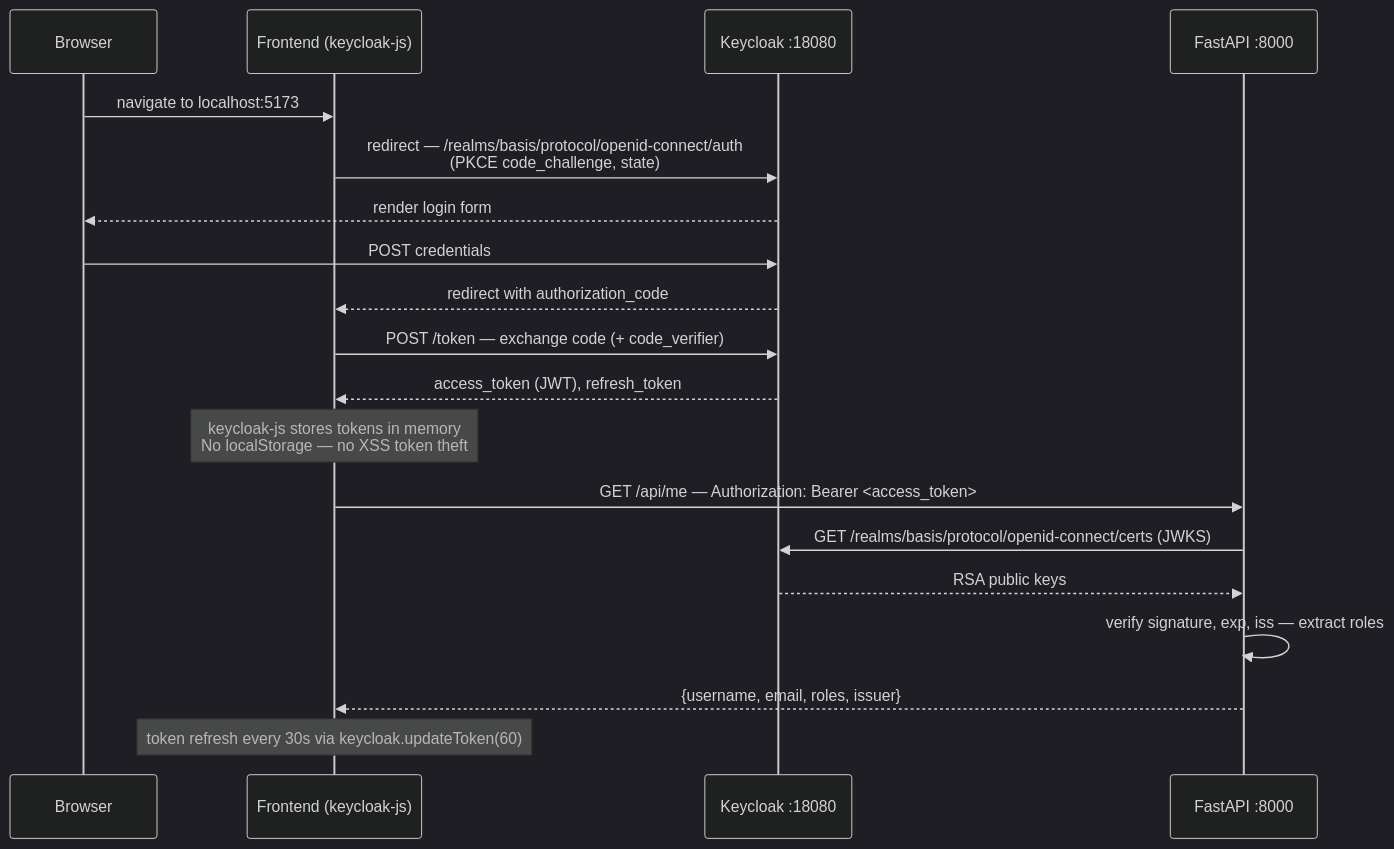
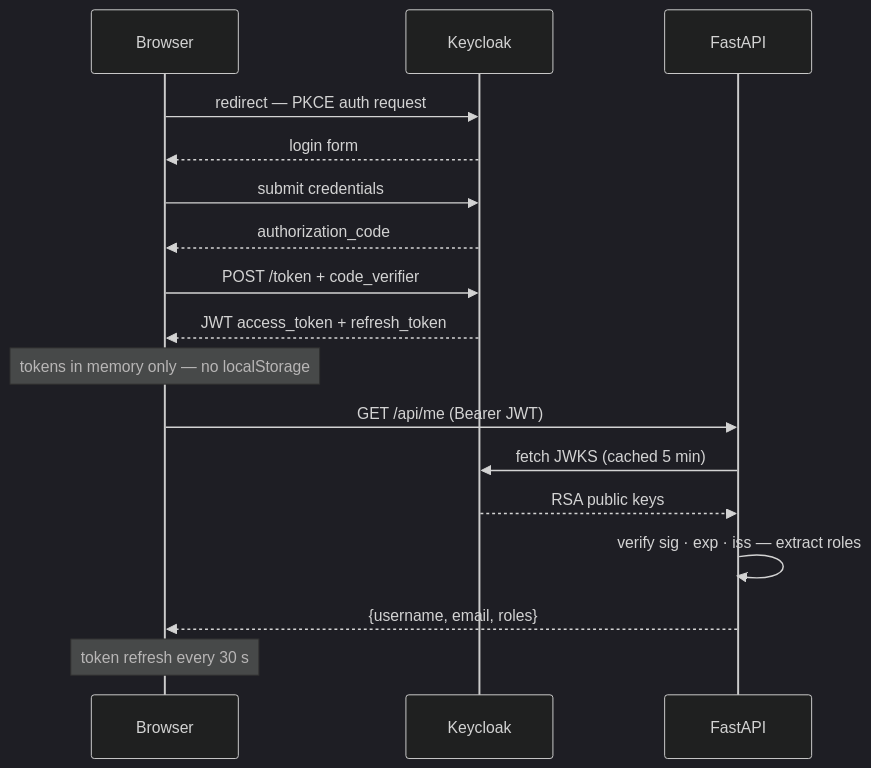
One commit to basis-foundation/basis-poc changed the third of 5 diagrams in README.md. Above: the diagram before and after it, drawn with Mermaid (dark theme). The commit also changed other lines of this file and 11 other files, not shown here.

````diff
--- a/README.md
+++ b/README.md
@@ -261,22 +316,20 @@
 ```mermaid
 sequenceDiagram
     participant B as Browser
-    participant F as Frontend (keycloak-js)
-    participant KC as Keycloak :18080
-    participant API as FastAPI :8000
+    participant KC as Keycloak
+    participant API as FastAPI
 
-    B->>F: navigate to localhost:5173
-    F->>KC: redirect — /realms/basis/protocol/openid-connect/auth<br/>(PKCE code_challenge, state)
-    KC-->>B: render login form
-    B->>KC: POST credentials
-    KC-->>F: redirect with authorization_code
-    F->>KC: POST /token — exchange code (+ code_verifier)
-    KC-->>F: access_token (JWT), refresh_token
-    Note over F: keycloak-js stores tokens in memory<br/>No localStorage — no XSS token theft
-    F->>API: GET /api/me — Authorization: Bearer <access_token>
-    API->>KC: GET /realms/basis/protocol/openid-connect/certs (JWKS)
+    B->>KC: redirect — PKCE auth request
+    KC-->>B: login form
+    B->>KC: submit credentials
+    KC-->>B: authorization_code
+    B->>KC: POST /token + code_verifier
+    KC-->>B: JWT access_token + refresh_token
+    Note over B: tokens in memory only — no localStorage
+    B->>API: GET /api/me (Bearer JWT)
+    API->>KC: fetch JWKS (cached 5 min)
     KC-->>API: RSA public keys
-    API->>API: verify signature, exp, iss — extract roles
-    API-->>F: {username, email, roles, issuer}
-    Note over F: token refresh every 30s via keycloak.updateToken(60)
+    API->>API: verify sig · exp · iss — extract roles
+    API-->>B: {username, email, roles}
+    Note over B: token refresh every 30 s
 ```
````
